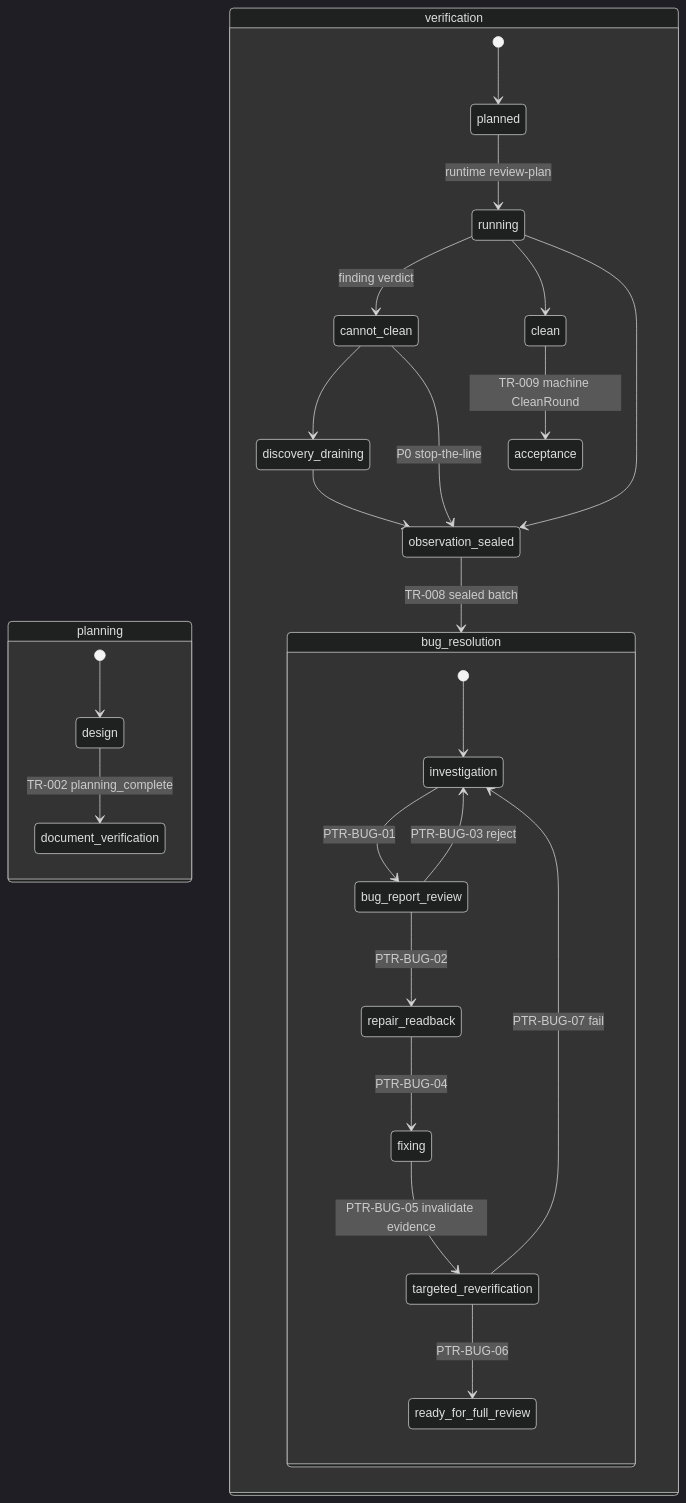
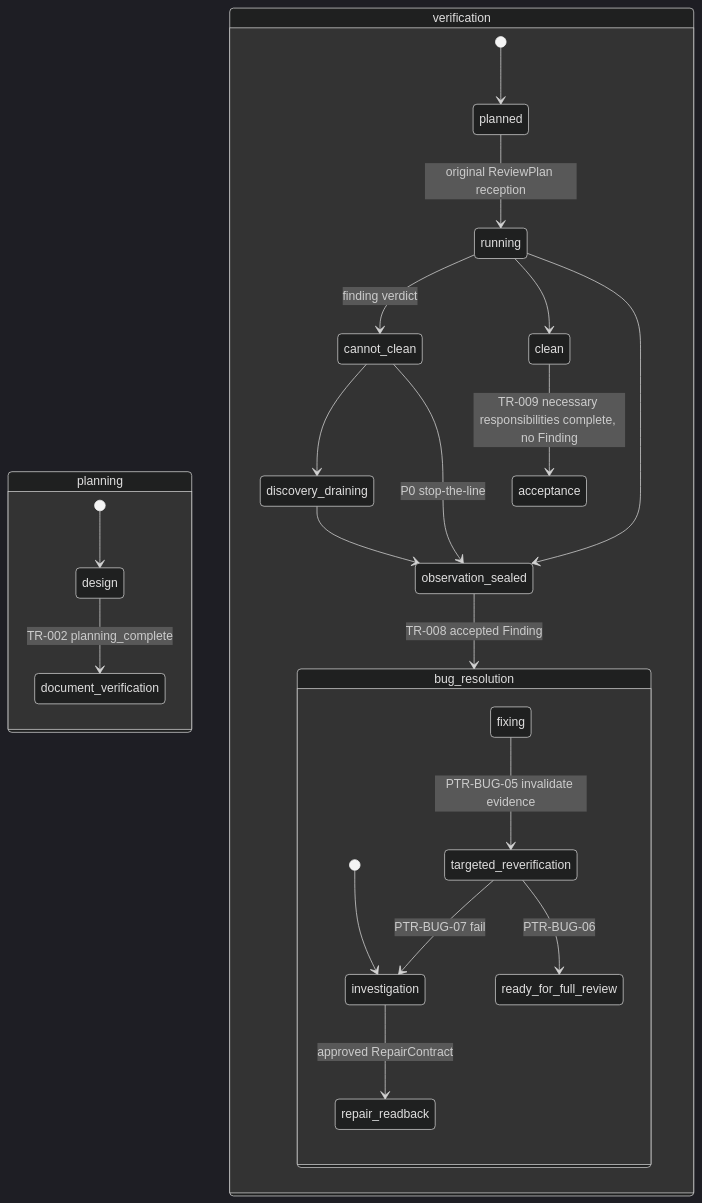
One commit to entroforge/go-system-builder changed the fifth of 7 diagrams in docs/guides/engineering-loop.md. Above: the diagram before and after it, drawn with Mermaid (dark theme). The commit also changed other lines of this file and 1694 other files, not shown here.

````diff
--- a/docs/guides/engineering-loop.md
+++ b/docs/guides/engineering-loop.md
@@ -312,29 +312,26 @@
 ```mermaid
 stateDiagram-v2
     state planning {
         [*] --> design
         design --> document_verification: TR-002 planning_complete
     }
     state verification {
         [*] --> planned
-        planned --> running: runtime review-plan
+        planned --> running: original ReviewPlan reception
         running --> cannot_clean: finding verdict
         cannot_clean --> discovery_draining
         running --> clean
         discovery_draining --> observation_sealed
         cannot_clean --> observation_sealed: P0 stop-the-line
         running --> observation_sealed
-        observation_sealed --> bug_resolution: TR-008 sealed batch
-        clean --> acceptance: TR-009 machine CleanRound
+        observation_sealed --> bug_resolution: TR-008 accepted Finding
+        clean --> acceptance: TR-009 necessary responsibilities complete, no Finding
     }
     state bug_resolution {
         [*] --> investigation
-        investigation --> bug_report_review: PTR-BUG-01
-        bug_report_review --> repair_readback: PTR-BUG-02
-        bug_report_review --> investigation: PTR-BUG-03 reject
-        repair_readback --> fixing: PTR-BUG-04
+        investigation --> repair_readback: approved RepairContract
         fixing --> targeted_reverification: PTR-BUG-05 invalidate evidence
         targeted_reverification --> ready_for_full_review: PTR-BUG-06
         targeted_reverification --> investigation: PTR-BUG-07 fail
     }
 ```
````
